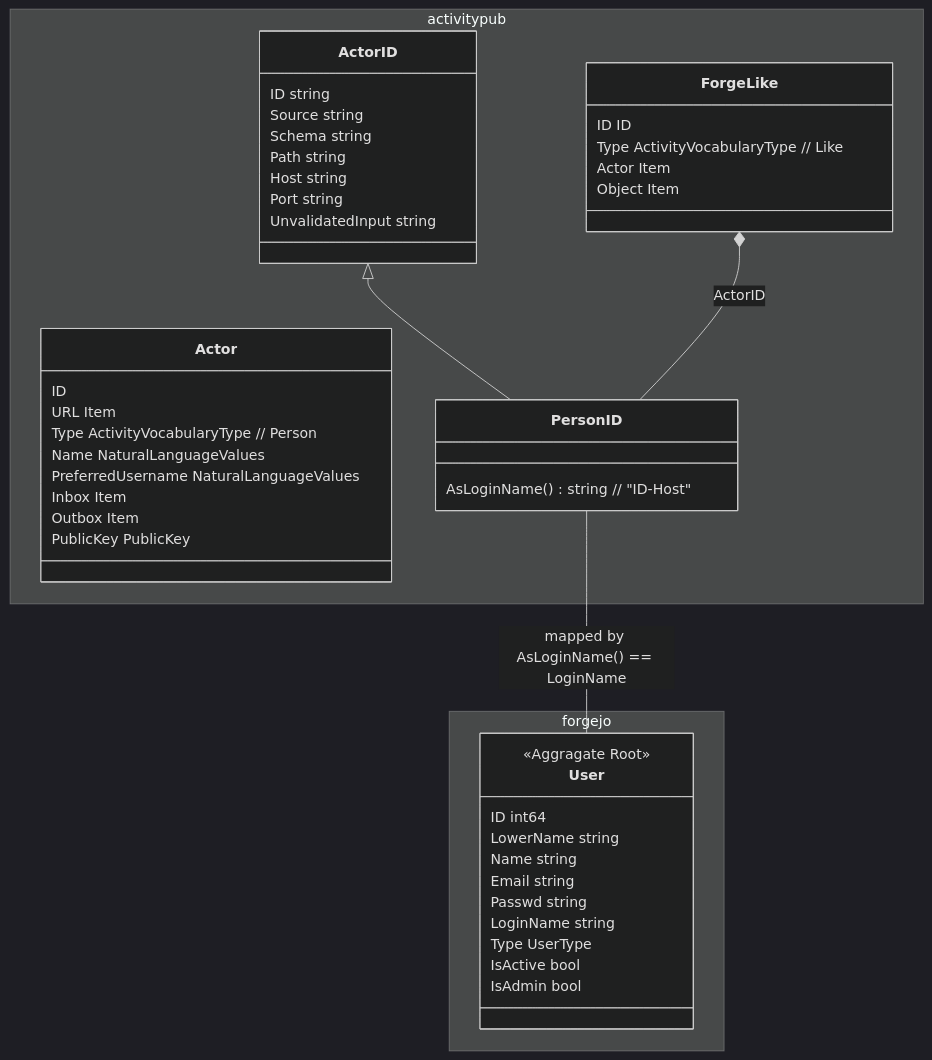
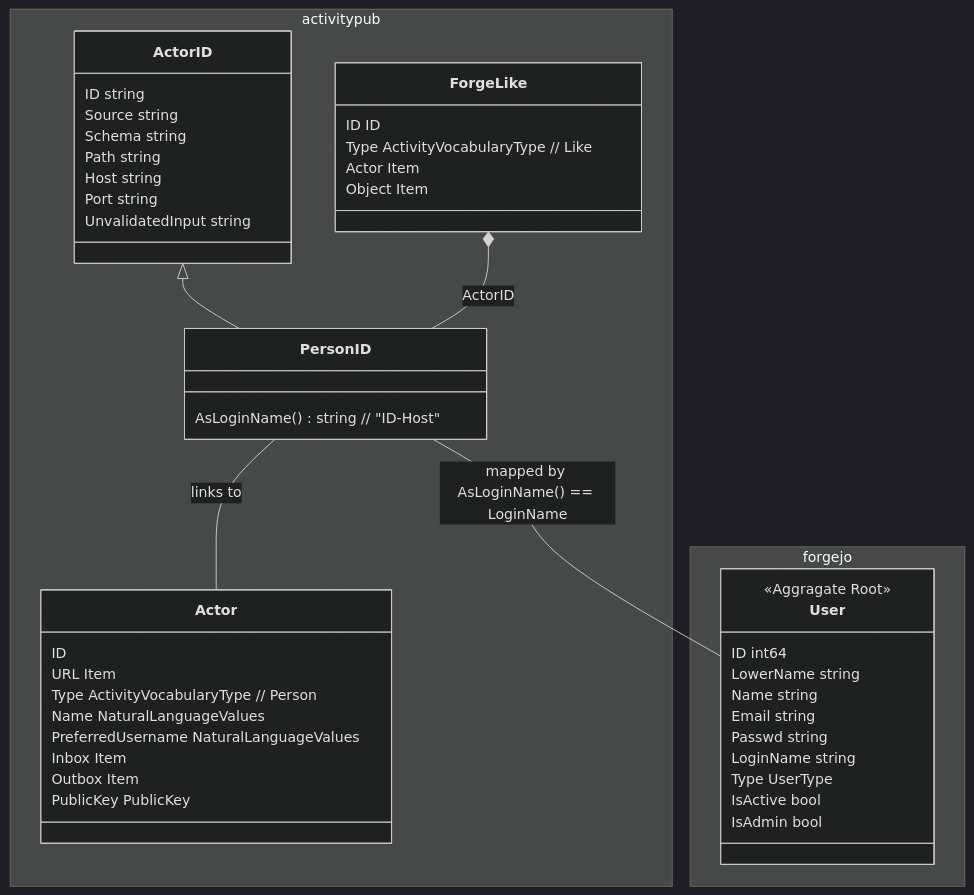
Before and after one commit to yonasBSD/forgejo: the first of 4 diagrams in docs/unsure-where-to-put/adr-map-federated-person.md, drawn with Mermaid (dark theme). The commit also changed other lines of this file, not shown here.

````diff
--- a/docs/unsure-where-to-put/adr-map-federated-person.md
+++ b/docs/unsure-where-to-put/adr-map-federated-person.md
@@ -46,53 +50,54 @@
 ```mermaid
 classDiagram
   namespace activitypub {
     class ForgeLike {
       ID ID
       Type ActivityVocabularyType // Like
       Actor Item
       Object Item
     }
     class Actor {
       ID
       URL Item
       Type ActivityVocabularyType // Person
       Name NaturalLanguageValues
       PreferredUsername NaturalLanguageValues
       Inbox Item
       Outbox Item
       PublicKey PublicKey
     }
     class ActorID {
       ID               string
       Source           string
       Schema           string
       Path             string
       Host             string
       Port             string
       UnvalidatedInput string
     }
     class PersonID {
       AsLoginName() string // "ID-Host"
     }
   }
 
   ActorID <|-- PersonID
   ForgeLike *-- PersonID: ActorID
 
   namespace forgejo {
     class User {
       <<Aggragate Root>>
       ID        int64 
       LowerName string
       Name      string
       Email     string
       Passwd    string
       LoginName   string
       Type        UserType
       IsActive bool
       IsAdmin bool
     }
   }
 
   PersonID -- User: mapped by AsLoginName() == LoginName
+  PersonID -- Actor: links to
 ```
````
